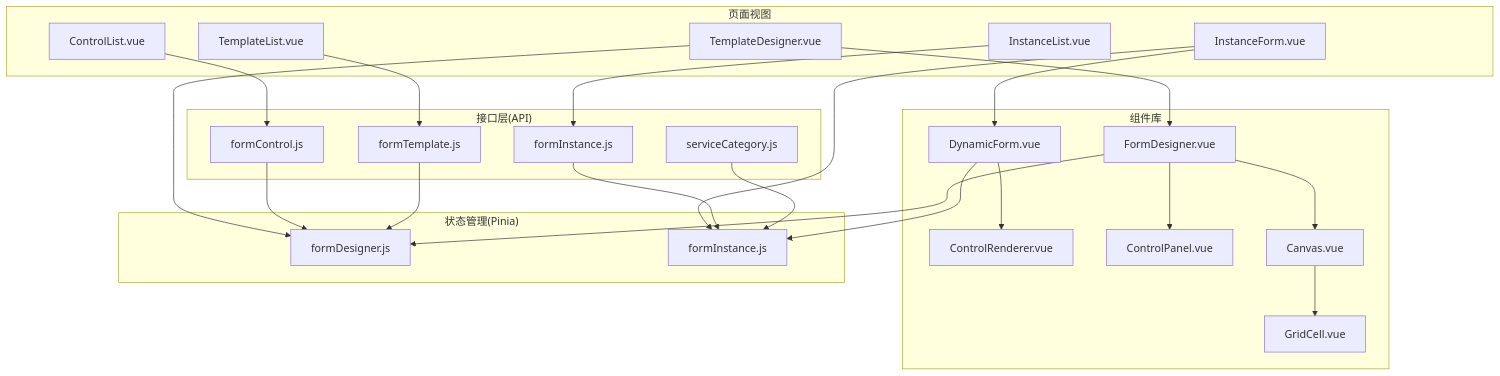
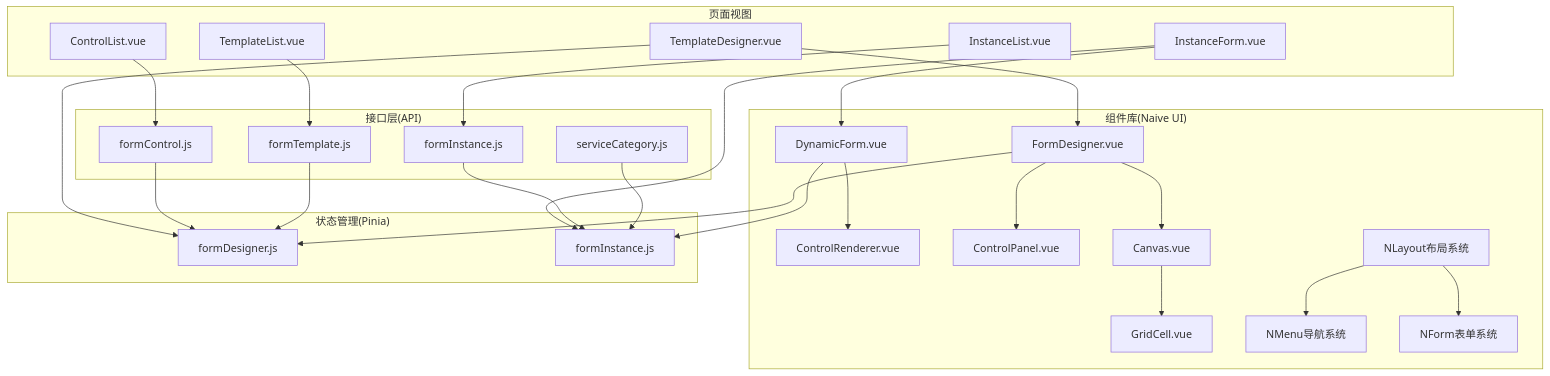
Before and after one commit to NJMrLi/genetics: the second of 7 diagrams in .qoder/repowiki/zh/content/前端架构设计/前端架构设计.md, drawn with Mermaid. The commit also changed other lines of this file and 32 other files, not shown here.

````diff
--- a/.qoder/repowiki/zh/content/前端架构设计/前端架构设计.md
+++ b/.qoder/repowiki/zh/content/前端架构设计/前端架构设计.md
@@ -71,45 +98,50 @@
 ```mermaid
 graph TB
 subgraph "页面视图"
 V1["ControlList.vue"]
 V2["TemplateList.vue"]
 V3["TemplateDesigner.vue"]
 V4["InstanceList.vue"]
 V5["InstanceForm.vue"]
 end
-subgraph "组件库"
+subgraph "组件库(Naive UI)"
 DYN["DynamicForm.vue"]
 REN["ControlRenderer.vue"]
 DSGN["FormDesigner.vue"]
 CP["ControlPanel.vue"]
 CAN["Canvas.vue"]
 CELL["GridCell.vue"]
+LAYOUT["NLayout布局系统"]
+MENU["NMenu导航系统"]
+FORM["NForm表单系统"]
 end
 subgraph "状态管理(Pinia)"
 ST1["formDesigner.js"]
 ST2["formInstance.js"]
 end
 subgraph "接口层(API)"
 A1["formControl.js"]
 A2["formTemplate.js"]
 A3["formInstance.js"]
 A4["serviceCategory.js"]
 end
 V1 --> A1
 V2 --> A2
 V3 --> DSGN
 V4 --> A3
 V5 --> DYN
 DYN --> REN
 DSGN --> CP
 DSGN --> CAN
 CAN --> CELL
 DSGN --> ST1
 DYN --> ST2
 V3 --> ST1
 V5 --> ST2
 A1 --> ST1
 A2 --> ST1
 A3 --> ST2
 A4 --> ST2
+LAYOUT --> MENU
+LAYOUT --> FORM
 ```
````
